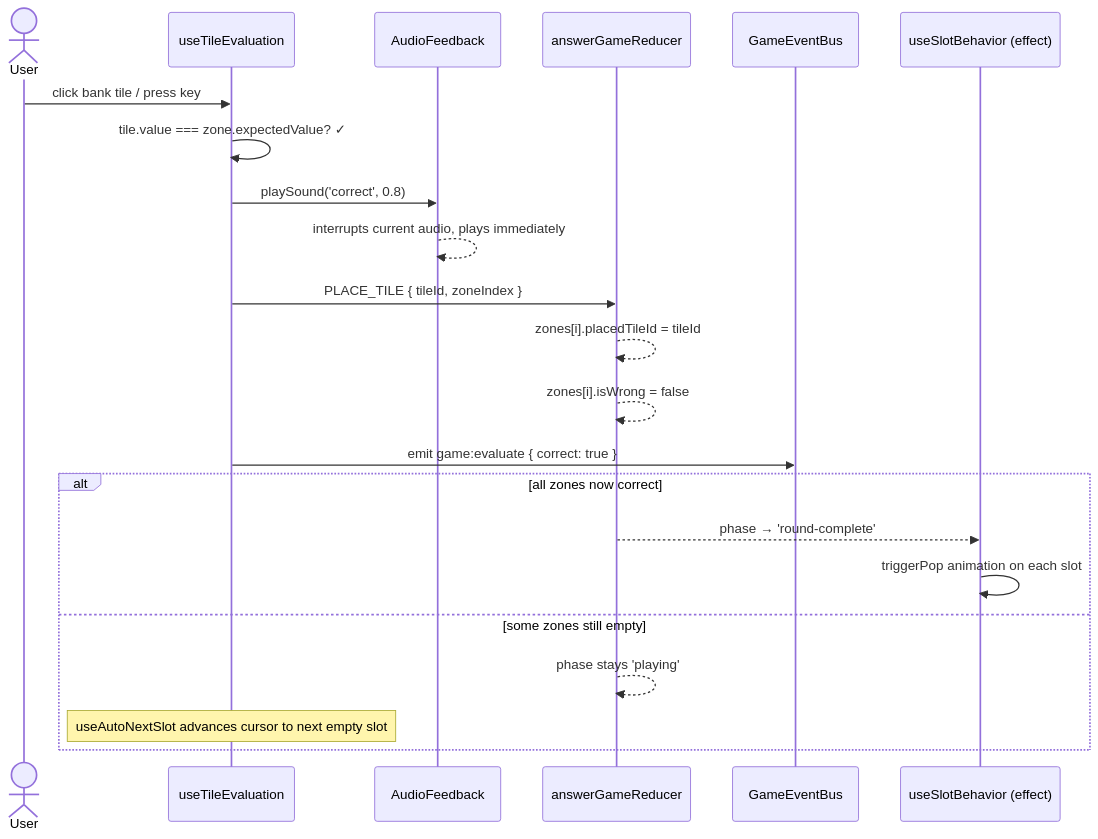
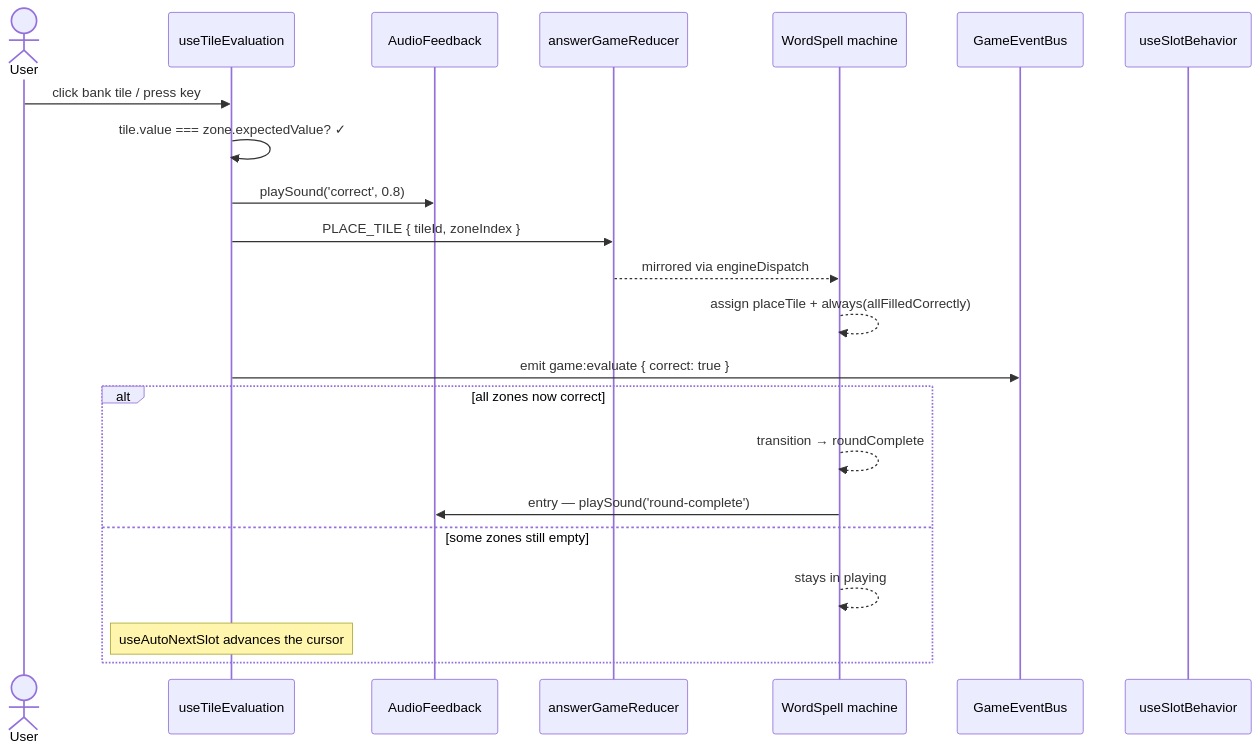
The first of 6 diagrams in src/games/word-spell/WordSpell/WordSpell.flows.mdx (leocaseiro/base-skill), drawn with Mermaid before and after one commit. The commit also changed other lines of this file and 3 other files, not shown here.

First line of the commit message:
docs(arch): document WordSpell + SortNumbers XState machines

````diff
--- a/src/games/word-spell/WordSpell/WordSpell.flows.mdx
+++ b/src/games/word-spell/WordSpell/WordSpell.flows.mdx
@@ -20,26 +46,26 @@
 ```mermaid
 sequenceDiagram
   actor User
   participant TE as useTileEvaluation
   participant Audio as AudioFeedback
   participant Reducer as answerGameReducer
+  participant Engine as WordSpell machine
   participant Bus as GameEventBus
-  participant Slot as useSlotBehavior (effect)
+  participant Slot as useSlotBehavior
 
   User->>TE: click bank tile / press key
   TE->>TE: tile.value === zone.expectedValue? ✓
   TE->>Audio: playSound('correct', 0.8)
-  Audio-->>Audio: interrupts current audio, plays immediately
   TE->>Reducer: PLACE_TILE { tileId, zoneIndex }
-  Reducer-->>Reducer: zones[i].placedTileId = tileId
-  Reducer-->>Reducer: zones[i].isWrong = false
+  Reducer-->>Engine: mirrored via engineDispatch
+  Engine-->>Engine: assign placeTile + always(allFilledCorrectly)
   TE->>Bus: emit game:evaluate { correct: true }
 
   alt all zones now correct
-    Reducer-->>Slot: phase → 'round-complete'
-    Slot->>Slot: triggerPop animation on each slot
+    Engine-->>Engine: transition → roundComplete
+    Engine->>Audio: entry — playSound('round-complete')
   else some zones still empty
-    Reducer-->>Reducer: phase stays 'playing'
-    Note over TE: useAutoNextSlot advances cursor to next empty slot
+    Engine-->>Engine: stays in playing
+    Note over TE: useAutoNextSlot advances the cursor
   end
 ```
````
